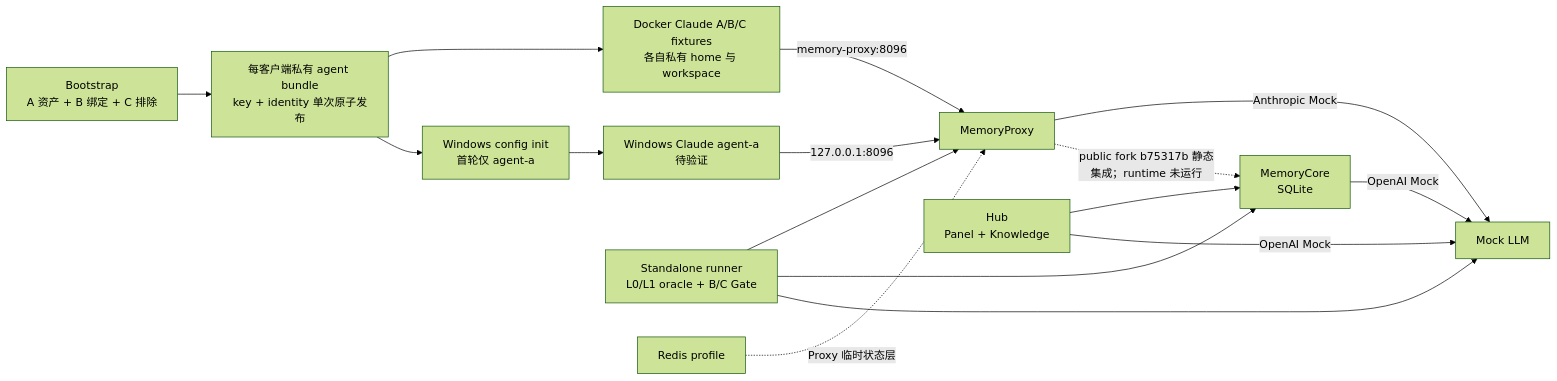
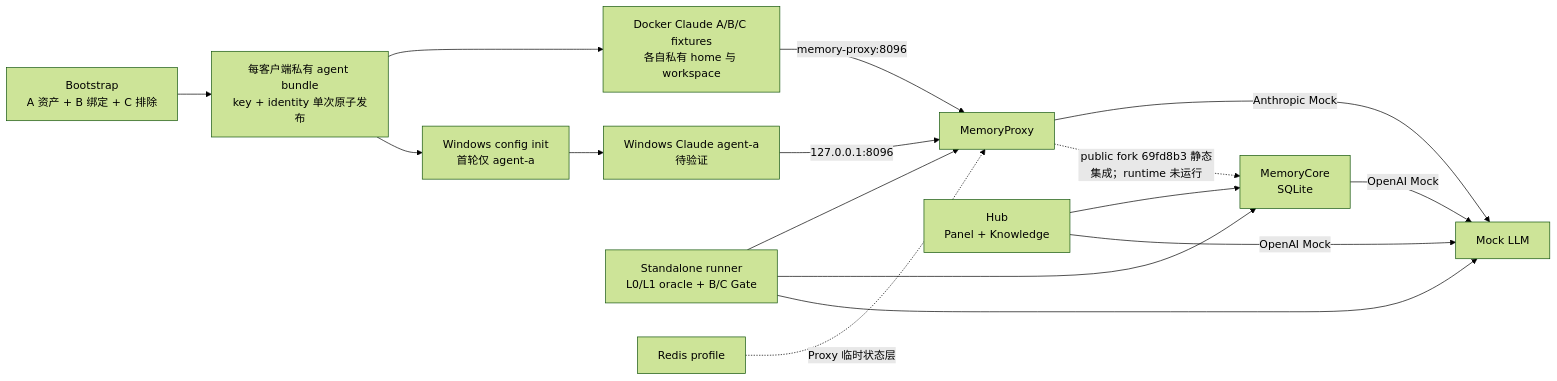
Before and after one commit to psiQAQ/agents-memory: the second of 3 diagrams in docs/enterprise-memory-system-evaluation.md, drawn with Mermaid (forest theme). The commit also changed other lines of this file and 6 other files, not shown here.

````diff
--- a/docs/enterprise-memory-system-evaluation.md
+++ b/docs/enterprise-memory-system-evaluation.md
@@ -89,18 +89,18 @@
 ```mermaid
 flowchart LR
   B["Bootstrap<br/>A 资产 + B 绑定 + C 排除"] --> F["每客户端私有 agent bundle<br/>key + identity 单次原子发布"]
   F --> DA["Docker Claude A/B/C fixtures<br/>各自私有 home 与 workspace"]
   F --> WI["Windows config init<br/>首轮仅 agent-a"]
   WI --> WA["Windows Claude agent-a<br/>待验证"]
   WA -->|"127.0.0.1:8096"| P["MemoryProxy"]
   DA -->|"memory-proxy:8096"| P
   P -->|"Anthropic Mock"| M["Mock LLM"]
   C["MemoryCore<br/>SQLite"] -->|"OpenAI Mock"| M
   T["Standalone runner<br/>L0/L1 oracle + B/C Gate"] --> P
   T --> C
   T --> M
   H["Hub<br/>Panel + Knowledge"] --> C
   H -->|"OpenAI Mock"| M
-  P -. "public fork b75317b 静态集成；runtime 未运行" .-> C
+  P -. "public fork 69fd8b3 静态集成；runtime 未运行" .-> C
   R["Redis profile"] -. "Proxy 临时状态层" .-> P
 ```
````
